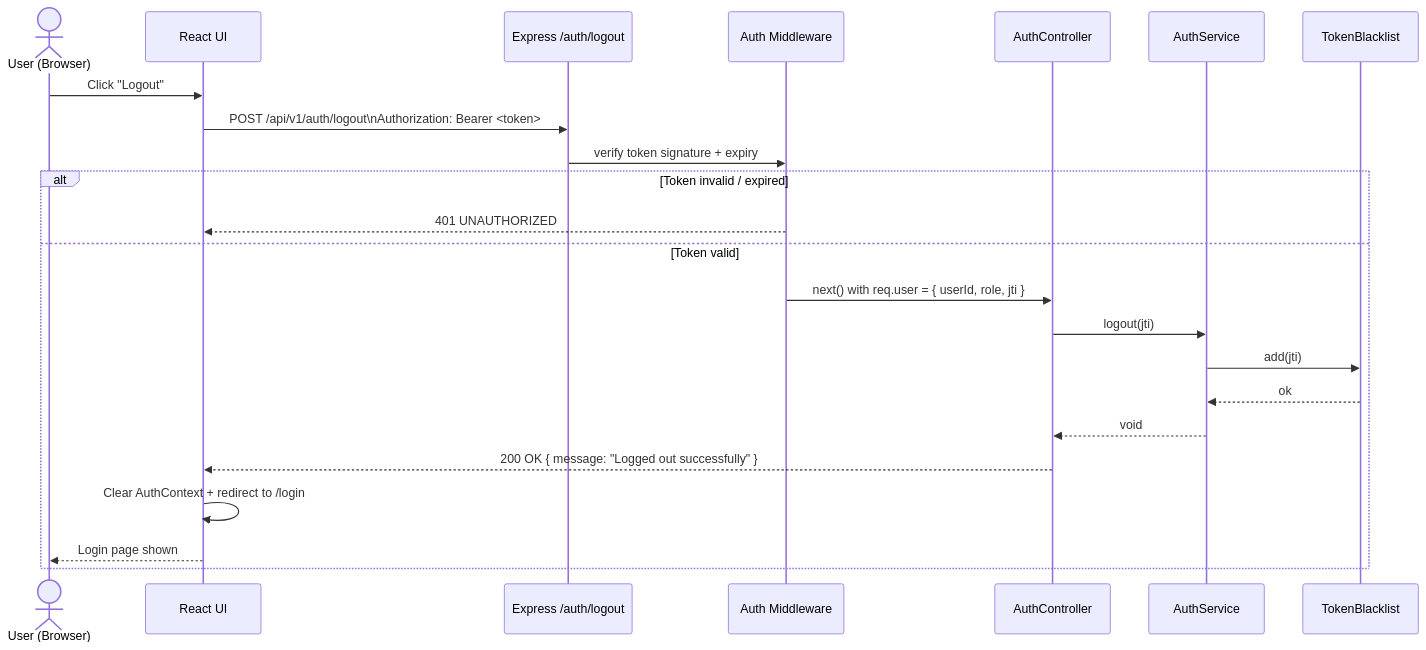
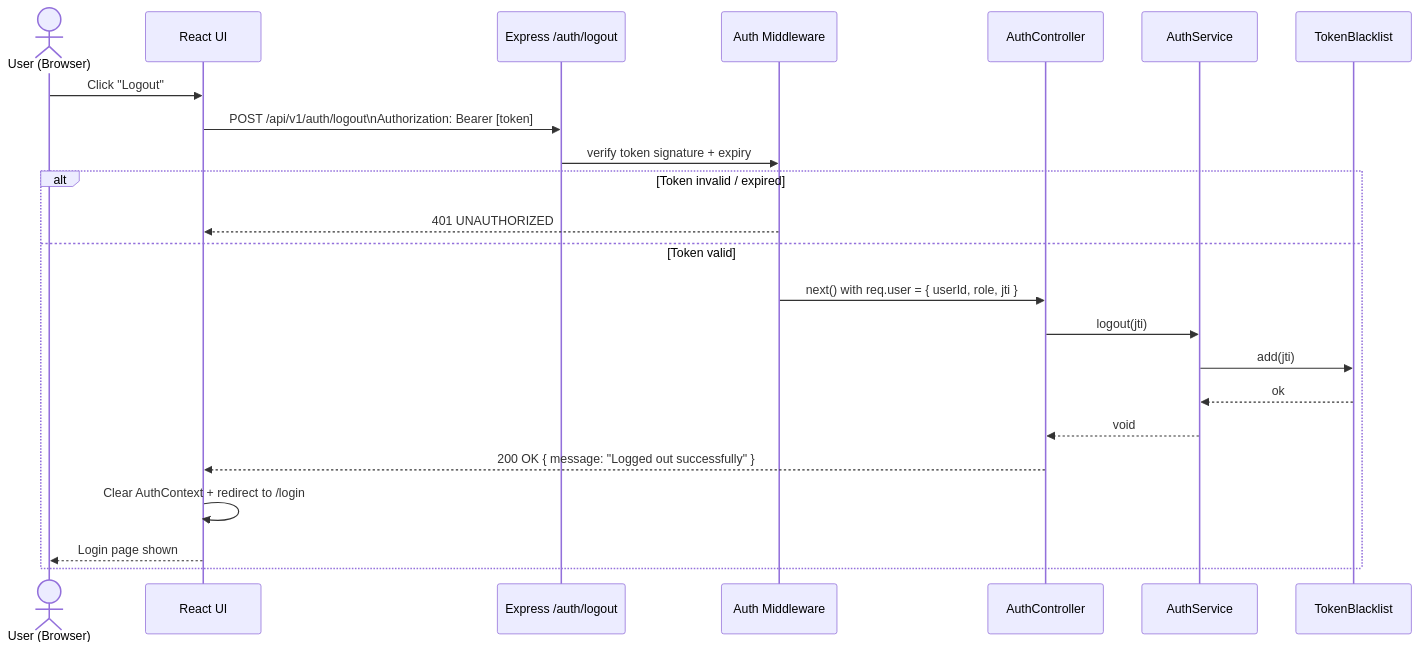
One commit to vijaynvb/ellucian_ghc3 changed the sixth of 17 diagrams in software-architecture.md. Above: the diagram before and after it, drawn with Mermaid. The commit also changed other lines of this file and 14285 other files, not shown here.

````diff
--- a/software-architecture.md
+++ b/software-architecture.md
@@ -496,26 +504,26 @@
 ```mermaid
 sequenceDiagram
     actor User as User (Browser)
     participant UI as React UI
     participant API as Express /auth/logout
     participant AuthMW as Auth Middleware
     participant AC as AuthController
     participant AS as AuthService
     participant TB as TokenBlacklist
 
     User->>UI: Click "Logout"
-    UI->>API: POST /api/v1/auth/logout\nAuthorization: Bearer <token>
+    UI->>API: POST /api/v1/auth/logout\nAuthorization: Bearer [token]
     API->>AuthMW: verify token signature + expiry
     alt Token invalid / expired
         AuthMW-->>UI: 401 UNAUTHORIZED
     else Token valid
         AuthMW->>AC: next() with req.user = { userId, role, jti }
         AC->>AS: logout(jti)
         AS->>TB: add(jti)
         TB-->>AS: ok
         AS-->>AC: void
         AC-->>UI: 200 OK { message: "Logged out successfully" }
         UI->>UI: Clear AuthContext + redirect to /login
         UI-->>User: Login page shown
     end
 ```
````
